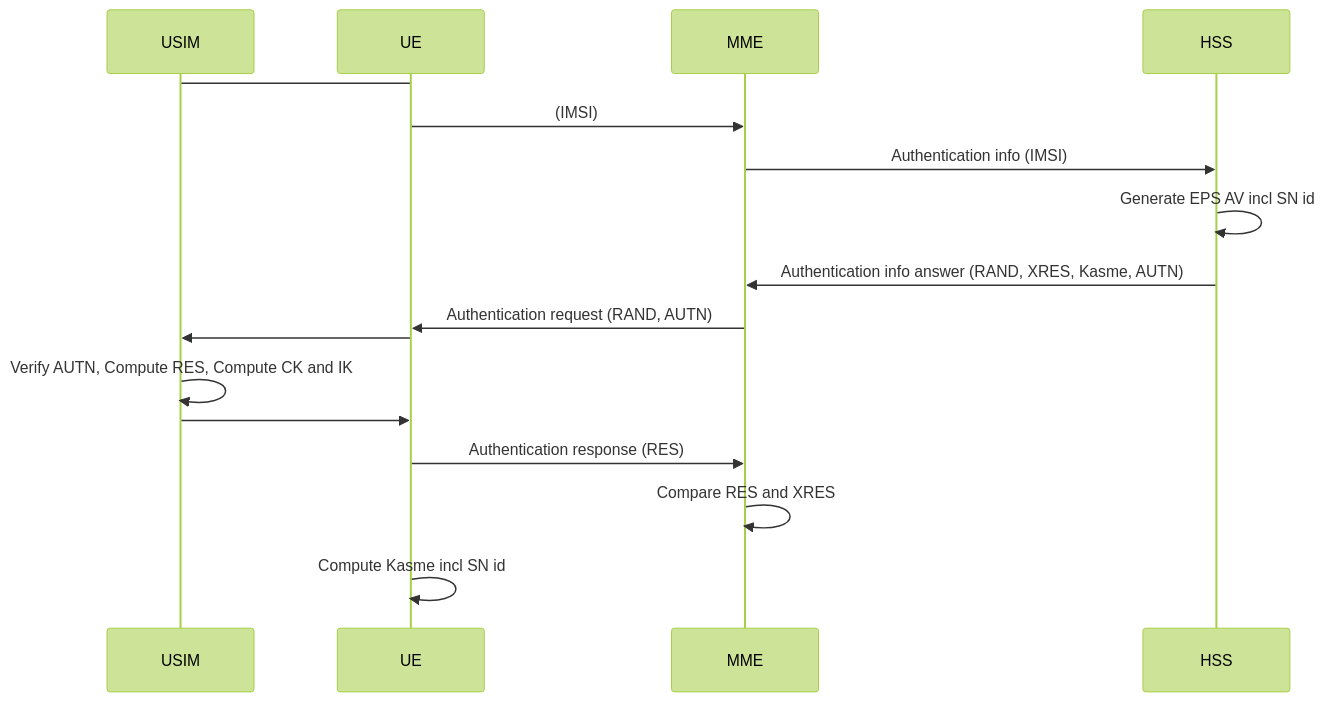
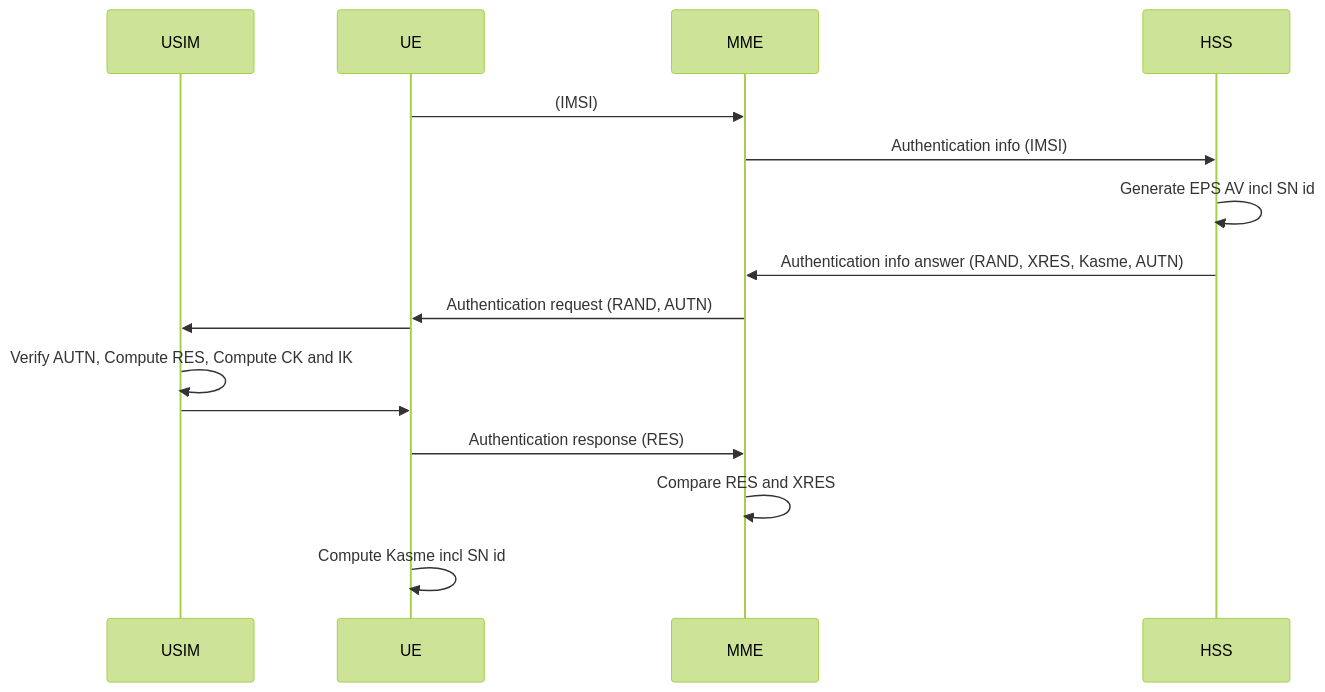
The diagram in ARM.md (ThomasRochette/NoteCours), drawn with Mermaid (forest theme) before and after one commit. The commit also changed other lines of this file, not shown here.

Commit message:
Uploaded by https://stackedit.io/

````diff
--- a/ARM.md
+++ b/ARM.md
@@ -80,15 +80,16 @@
 ```mermaid
 sequenceDiagram
-USIM -> UE: 
+participant USIM
+ 
 UE ->> MME: (IMSI)
 MME ->> HSS: Authentication info (IMSI)
 HSS ->> HSS: Generate EPS AV incl SN id
 HSS ->> MME: Authentication info answer (RAND, XRES, Kasme, AUTN)
 MME ->> UE: Authentication request (RAND, AUTN)
 UE ->> USIM: 
 USIM ->> USIM: Verify AUTN, Compute RES, Compute CK and IK
 USIM ->> UE: 
 UE ->> MME: Authentication response (RES)
 MME ->> MME: Compare RES and XRES
 UE ->> UE: Compute Kasme incl SN id
 ```
````
